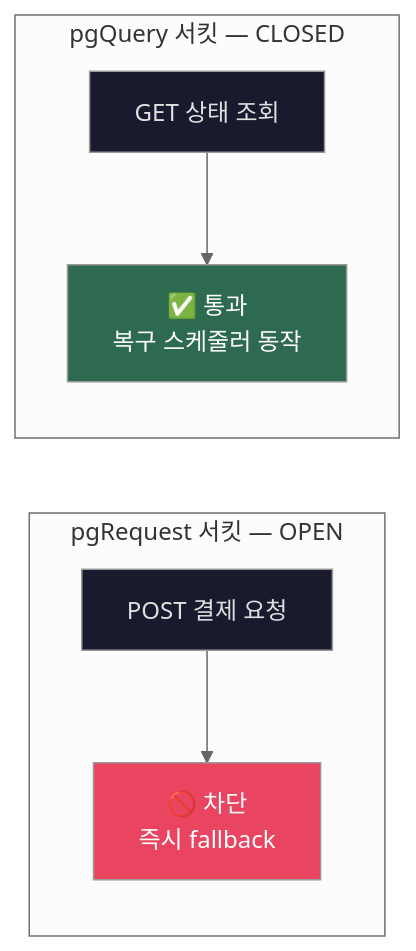
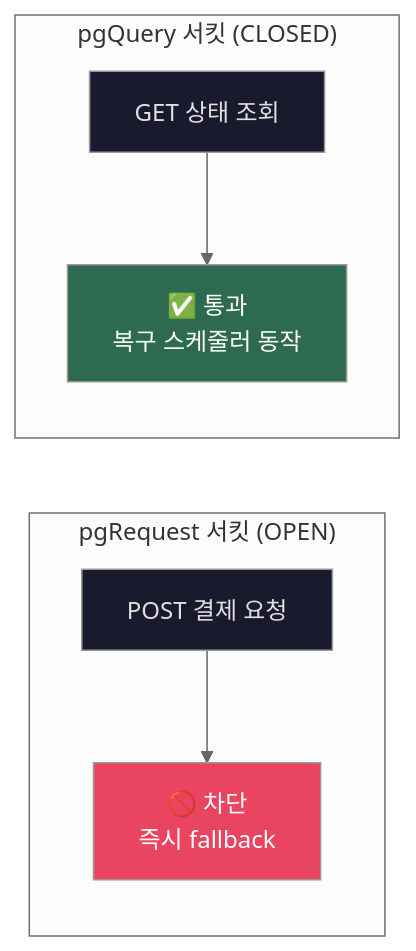
One commit to hyungkishin/hyungkishin.github.io changed the fourth of 10 diagrams in contents/posts/e-commerce/technical-writing/week6/index.md. Above: the diagram before and after it, drawn with Mermaid (neutral theme). The commit also changed other lines of this file and 4 other files, not shown here.

````diff
--- a/contents/posts/e-commerce/technical-writing/week6/index.md
+++ b/contents/posts/e-commerce/technical-writing/week6/index.md
@@ -213,15 +212,15 @@
 ```mermaid
 flowchart LR
-    subgraph "pgRequest 서킷 — OPEN"
+    subgraph "pgRequest 서킷 (OPEN)"
         A["POST 결제 요청"] --> B["🚫 차단\n즉시 fallback"]
     end
 
-    subgraph "pgQuery 서킷 — CLOSED"
+    subgraph "pgQuery 서킷 (CLOSED)"
         C["GET 상태 조회"] --> D["✅ 통과\n복구 스케줄러 동작"]
     end
 
     style A fill:#1a1a2e,color:#e0e0e0
     style B fill:#e94560,color:#ffffff
     style C fill:#1a1a2e,color:#e0e0e0
     style D fill:#2d6a4f,color:#ffffff
 ```
````
